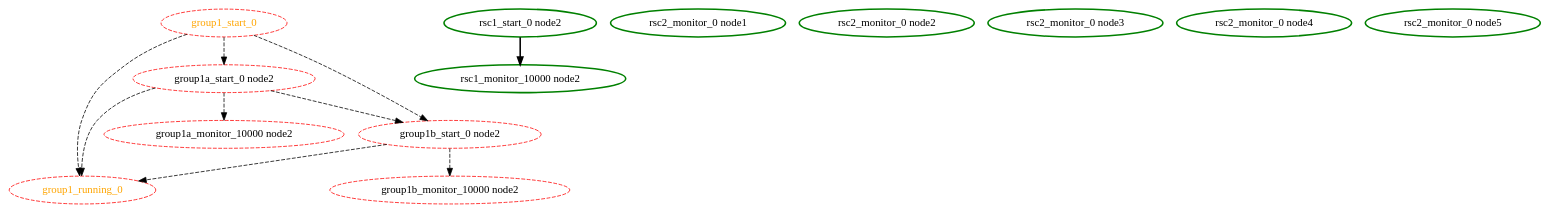
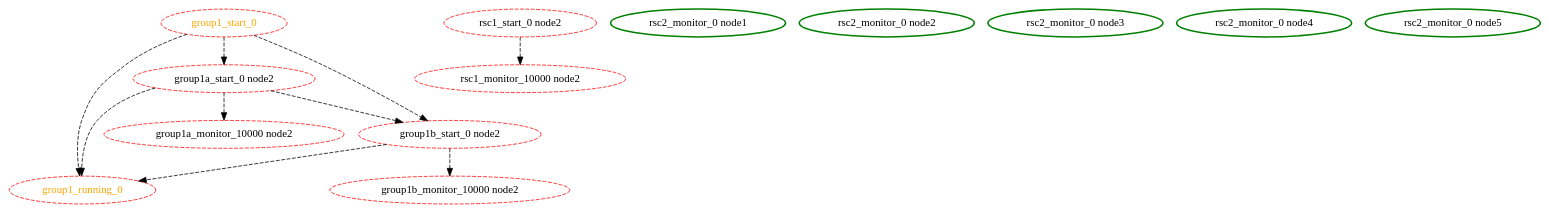
The diagram in cts/scheduler/dot/primitive-with-unrunnable-group.dot (ClusterLabs/pacemaker), drawn with Graphviz before and after one commit. The commit also changed 2 other files, not shown here.

```diff
--- a/cts/scheduler/dot/primitive-with-unrunnable-group.dot
+++ b/cts/scheduler/dot/primitive-with-unrunnable-group.dot
@@ -1,24 +1,24 @@
  digraph "g" {
 "group1_running_0" [ style=dashed color="red" fontcolor="orange"]
 "group1_start_0" -> "group1_running_0" [ style = dashed]
 "group1_start_0" -> "group1a_start_0 node2" [ style = dashed]
 "group1_start_0" -> "group1b_start_0 node2" [ style = dashed]
 "group1_start_0" [ style=dashed color="red" fontcolor="orange"]
 "group1a_monitor_10000 node2" [ style=dashed color="red" fontcolor="black"]
 "group1a_start_0 node2" -> "group1_running_0" [ style = dashed]
 "group1a_start_0 node2" -> "group1a_monitor_10000 node2" [ style = dashed]
 "group1a_start_0 node2" -> "group1b_start_0 node2" [ style = dashed]
 "group1a_start_0 node2" [ style=dashed color="red" fontcolor="black"]
 "group1b_monitor_10000 node2" [ style=dashed color="red" fontcolor="black"]
 "group1b_start_0 node2" -> "group1_running_0" [ style = dashed]
 "group1b_start_0 node2" -> "group1b_monitor_10000 node2" [ style = dashed]
 "group1b_start_0 node2" [ style=dashed color="red" fontcolor="black"]
-"rsc1_monitor_10000 node2" [ style=bold color="green" fontcolor="black"]
-"rsc1_start_0 node2" -> "rsc1_monitor_10000 node2" [ style = bold]
-"rsc1_start_0 node2" [ style=bold color="green" fontcolor="black"]
+"rsc1_monitor_10000 node2" [ style=dashed color="red" fontcolor="black"]
+"rsc1_start_0 node2" -> "rsc1_monitor_10000 node2" [ style = dashed]
+"rsc1_start_0 node2" [ style=dashed color="red" fontcolor="black"]
 "rsc2_monitor_0 node1" [ style=bold color="green" fontcolor="black"]
 "rsc2_monitor_0 node2" [ style=bold color="green" fontcolor="black"]
 "rsc2_monitor_0 node3" [ style=bold color="green" fontcolor="black"]
 "rsc2_monitor_0 node4" [ style=bold color="green" fontcolor="black"]
 "rsc2_monitor_0 node5" [ style=bold color="green" fontcolor="black"]
 }
```
